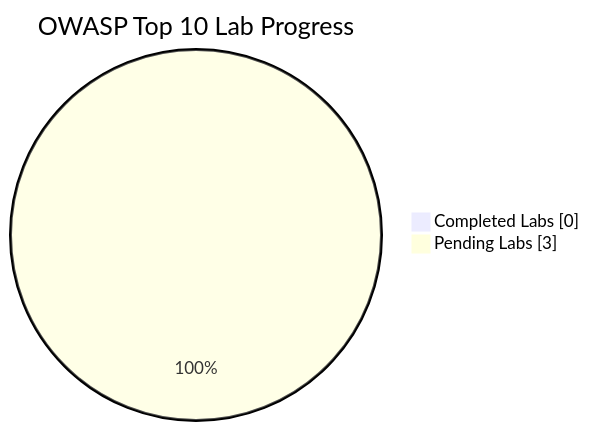
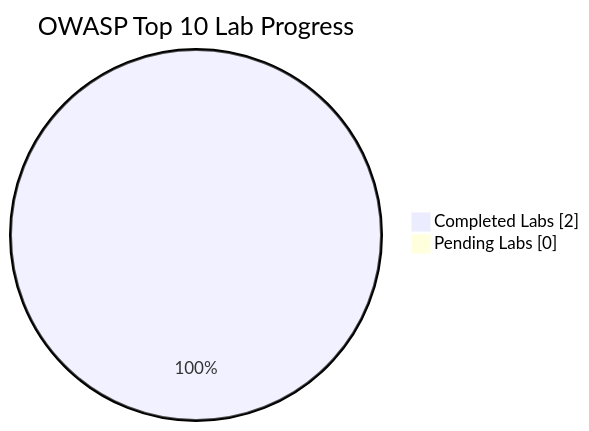
Before and after one commit to Nish344/owasp-top10-web-security: the diagram in README.md, drawn with Mermaid. The commit also changed other lines of this file and 1 other file, not shown here.

````diff
--- a/README.md
+++ b/README.md
@@ -12,6 +12,6 @@
 ```mermaid
 pie showData
   title OWASP Top 10 Lab Progress
-  "Completed Labs" : 0
-  "Pending Labs" : 3
+  "Completed Labs" : 2
+  "Pending Labs" : 0
 ```
````
